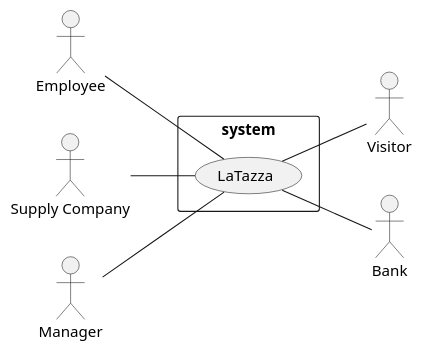
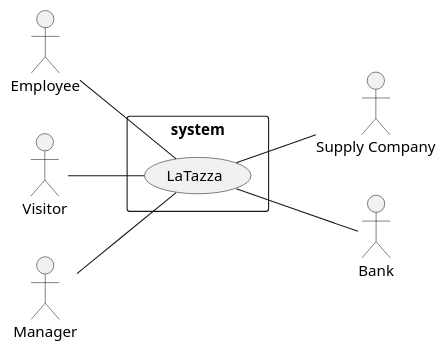
The first of 4 diagrams in Project/Requirements/RequirementDocument.md (roypaulin/laTazza), drawn with PlantUML before and after one commit.

Commit message:
fix layout Context Diagram

````diff
--- a/Project/Requirements/RequirementDocument.md
+++ b/Project/Requirements/RequirementDocument.md
@@ -48,19 +48,19 @@
 ```plantuml
 left to right direction
 skinparam packageStyle rectangle
 
 actor Employee as e
 actor "Supply Company" as sc
 actor Visitor as v
 actor Bank as b
 actor Manager as m
 
 rectangle system{
   (LaTazza) as lt
   e--lt 
-  lt--v   
+  v--lt
+  m--lt
   lt--b 
-  sc--lt
-  m--lt
+  lt--sc
 }
 ```
````
